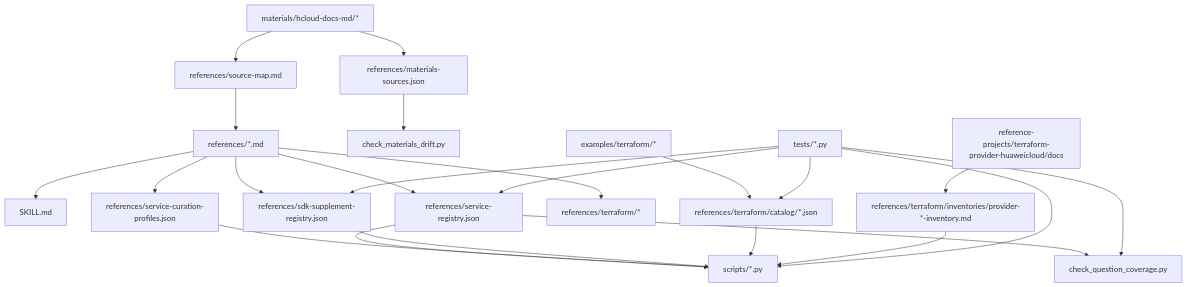
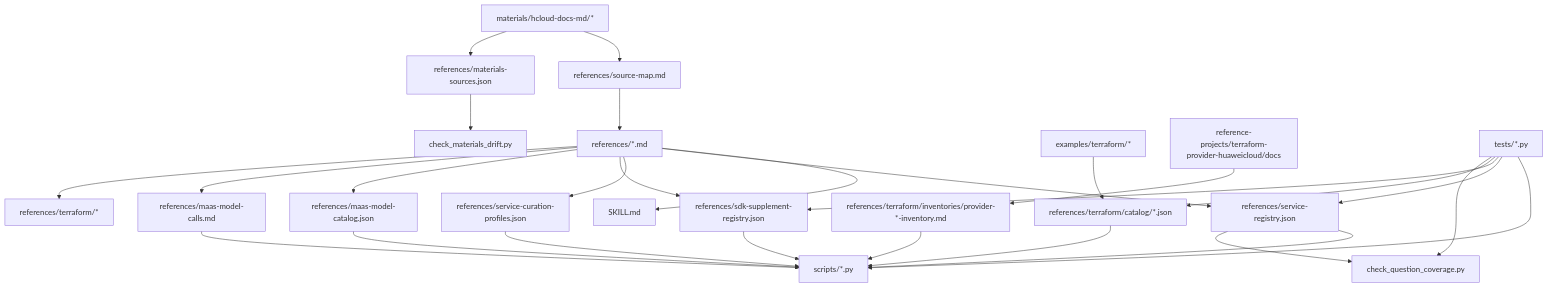
The diagram in docs/data-and-coverage.md (pipixia-labs/huaweicloud-skill), drawn with Mermaid before and after one commit. The commit also changed other lines of this file and 20 other files, not shown here.

````diff
--- a/docs/data-and-coverage.md
+++ b/docs/data-and-coverage.md
@@ -9,25 +9,29 @@
 ```mermaid
 flowchart TD
     Materials["materials/hcloud-docs-md/*"] --> SourceMap["references/source-map.md"]
     Materials --> MaterialMap["references/materials-sources.json"]
     SourceMap --> References["references/*.md"]
     MaterialMap --> Drift["check_materials_drift.py"]
     References --> Skill["SKILL.md"]
     References --> Registry["references/service-registry.json"]
     References --> Curation["references/service-curation-profiles.json"]
     References --> SDKRegistry["references/sdk-supplement-registry.json"]
+    References --> MaasCatalog["references/maas-model-catalog.json"]
+    References --> MaasGuide["references/maas-model-calls.md"]
     References --> TFRefs["references/terraform/*"]
     TFExamples["examples/terraform/*"] --> TFCatalog["references/terraform/catalog/*.json"]
     TFProvider["reference-projects/terraform-provider-huaweicloud/docs"] --> TFInventory["references/terraform/inventories/provider-*-inventory.md"]
     Registry --> Scripts["scripts/*.py"]
     Curation --> Scripts
     SDKRegistry --> Scripts
+    MaasCatalog --> Scripts
+    MaasGuide --> Scripts
     TFCatalog --> Scripts
     TFInventory --> Scripts
     Registry --> Coverage["check_question_coverage.py"]
     Tests["tests/*.py"] --> Scripts
     Tests --> Registry
     Tests --> SDKRegistry
     Tests --> TFCatalog
     Tests --> Coverage
 ```
````
